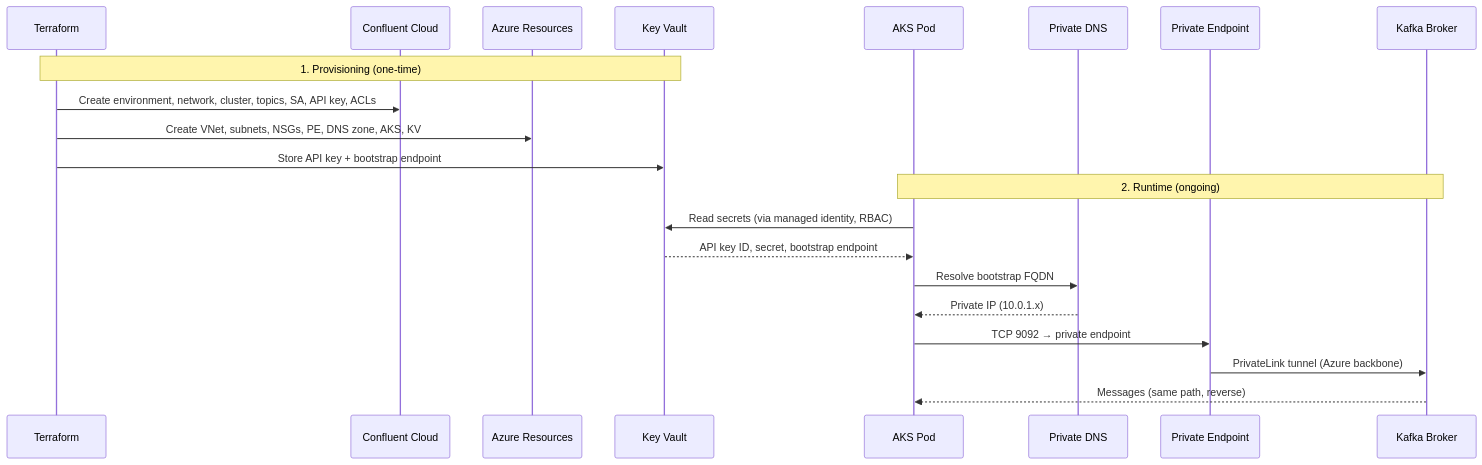
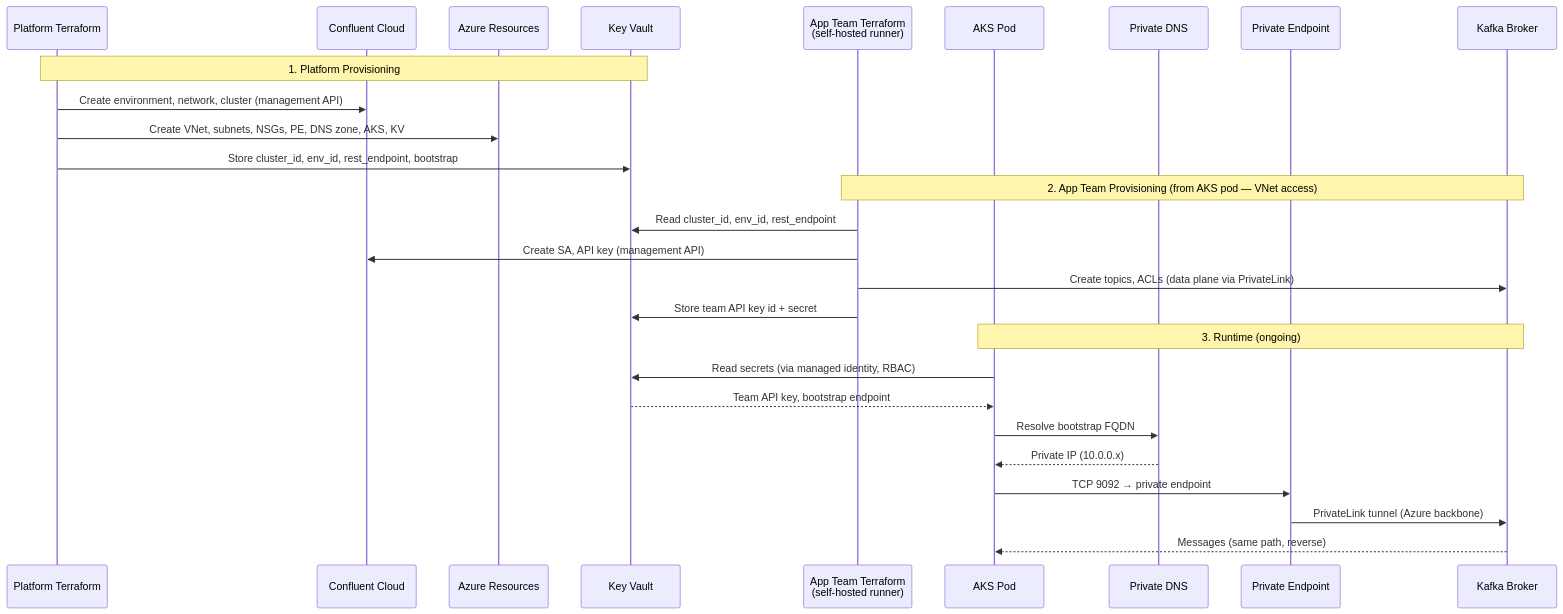
One commit to GouthamKumar4/terraform-confluent-cloud-aks-poc changed the third of 3 diagrams in docs/architecture.md. Above: the diagram before and after it, drawn with Mermaid. The commit also changed other lines of this file and 62 other files, not shown here.

Commit message:
added new flow

````diff
--- a/docs/architecture.md
+++ b/docs/architecture.md
@@ -114,25 +184,32 @@
 ```mermaid
 sequenceDiagram
-    participant TF as Terraform
+    participant PTF as Platform Terraform
     participant CF as Confluent Cloud
     participant AZ as Azure Resources
     participant KV as Key Vault
+    participant ATF as App Team Terraform<br>(self-hosted runner)
     participant AKS as AKS Pod
     participant DNS as Private DNS
     participant PE as Private Endpoint
     participant Kafka as Kafka Broker
 
-    Note over TF,KV: 1. Provisioning (one-time)
-    TF->>CF: Create environment, network, cluster, topics, SA, API key, ACLs
-    TF->>AZ: Create VNet, subnets, NSGs, PE, DNS zone, AKS, KV
-    TF->>KV: Store API key + bootstrap endpoint
+    Note over PTF,KV: 1. Platform Provisioning
+    PTF->>CF: Create environment, network, cluster (management API)
+    PTF->>AZ: Create VNet, subnets, NSGs, PE, DNS zone, AKS, KV
+    PTF->>KV: Store cluster_id, env_id, rest_endpoint, bootstrap
 
-    Note over AKS,Kafka: 2. Runtime (ongoing)
+    Note over ATF,Kafka: 2. App Team Provisioning (from AKS pod — VNet access)
+    ATF->>KV: Read cluster_id, env_id, rest_endpoint
+    ATF->>CF: Create SA, API key (management API)
+    ATF->>Kafka: Create topics, ACLs (data plane via PrivateLink)
+    ATF->>KV: Store team API key id + secret
+
+    Note over AKS,Kafka: 3. Runtime (ongoing)
     AKS->>KV: Read secrets (via managed identity, RBAC)
-    KV-->>AKS: API key ID, secret, bootstrap endpoint
+    KV-->>AKS: Team API key, bootstrap endpoint
     AKS->>DNS: Resolve bootstrap FQDN
-    DNS-->>AKS: Private IP (10.0.1.x)
+    DNS-->>AKS: Private IP (10.0.0.x)
     AKS->>PE: TCP 9092 → private endpoint
     PE->>Kafka: PrivateLink tunnel (Azure backbone)
     Kafka-->>AKS: Messages (same path, reverse)
 ```
````
